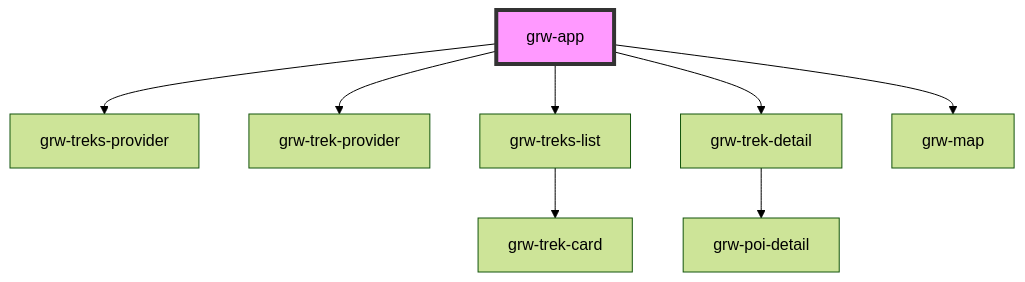
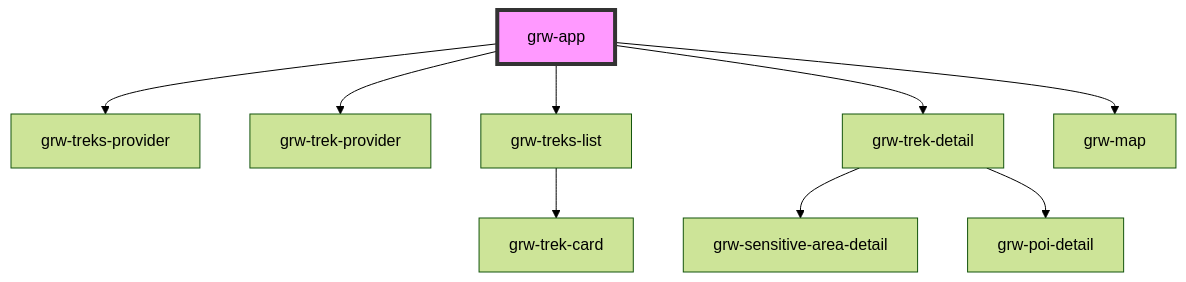
One commit to GeotrekCE/Geotrek-rando-widget changed the diagram in src/components/grw-app/readme.md. Above: the diagram before and after it, drawn with Mermaid (forest theme). The commit also changed 10 other files, not shown here.

Commit message:
add sensitive area detail

````diff
--- a/src/components/grw-app/readme.md
+++ b/src/components/grw-app/readme.md
@@ -46,11 +46,12 @@
 ```mermaid
 graph TD;
   grw-app --> grw-treks-provider
   grw-app --> grw-trek-provider
   grw-app --> grw-treks-list
   grw-app --> grw-trek-detail
   grw-app --> grw-map
   grw-treks-list --> grw-trek-card
+  grw-trek-detail --> grw-sensitive-area-detail
   grw-trek-detail --> grw-poi-detail
   style grw-app fill:#f9f,stroke:#333,stroke-width:4px
 ```
````
